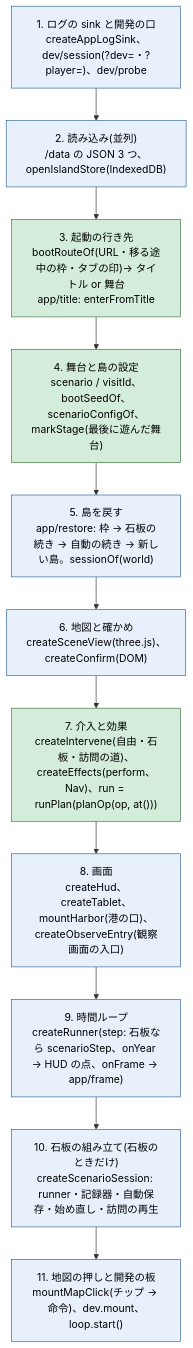
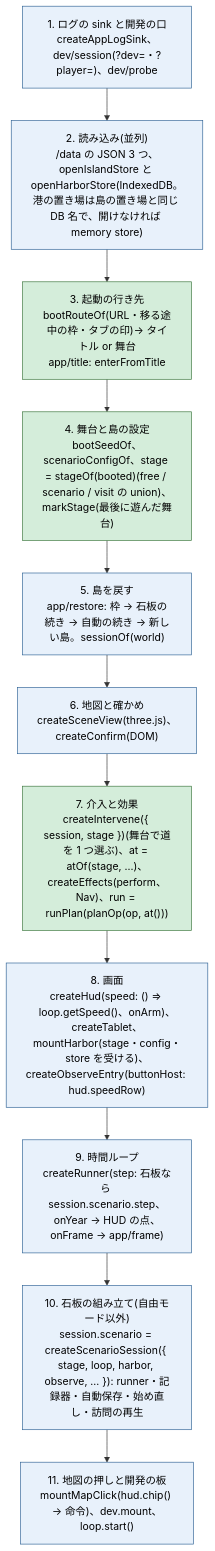
One commit to karak/sim-bio changed the sixth of 6 diagrams in docs/architecture/overview.md. Above: the diagram before and after it, drawn with Mermaid. The commit also changed other lines of this file and 2 other files, not shown here.

````diff
--- a/docs/architecture/overview.md
+++ b/docs/architecture/overview.md
@@ -303,19 +308,19 @@
 ```mermaid
 flowchart TB
   classDef step fill:#e8f1fb,stroke:#2e6295,color:#000
   classDef pure fill:#d4edda,stroke:#3c763d,color:#000
 
   s1["1. ログの sink と開発の口<br/>createAppLogSink、dev/session(?dev=・?player=)、dev/probe"]:::step
-  s2["2. 読み込み(並列)<br/>/data の JSON 3 つ、openIslandStore(IndexedDB)"]:::step
+  s2["2. 読み込み(並列)<br/>/data の JSON 3 つ、openIslandStore と openHarborStore(IndexedDB。港の置き場は島の置き場と同じ DB 名で、開けなければ memory store)"]:::step
   s3["3. 起動の行き先<br/>bootRouteOf(URL・移る途中の枠・タブの印)→ タイトル or 舞台<br/>app/title: enterFromTitle"]:::pure
-  s4["4. 舞台と島の設定<br/>scenario / visitId、bootSeedOf、scenarioConfigOf、markStage(最後に遊んだ舞台)"]:::pure
+  s4["4. 舞台と島の設定<br/>bootSeedOf、scenarioConfigOf、stage = stageOf(booted)(free / scenario / visit の union)、markStage(最後に遊んだ舞台)"]:::pure
   s5["5. 島を戻す<br/>app/restore: 枠 → 石板の続き → 自動の続き → 新しい島。sessionOf(world)"]:::step
   s6["6. 地図と確かめ<br/>createSceneView(three.js)、createConfirm(DOM)"]:::step
-  s7["7. 介入と効果<br/>createIntervene(自由・石板・訪問の道)、createEffects(perform、Nav)、run = runPlan(planOp(op, at()))"]:::pure
-  s8["8. 画面<br/>createHud、createTablet、mountHarbor(港の口)、createObserveEntry(観察画面の入口)"]:::step
-  s9["9. 時間ループ<br/>createRunner(step: 石板なら scenarioStep、onYear → HUD の点、onFrame → app/frame)"]:::step
-  s10["10. 石板の組み立て(石板のときだけ)<br/>createScenarioSession: runner・記録器・自動保存・始め直し・訪問の再生"]:::step
-  s11["11. 地図の押しと開発の板<br/>mountMapClick(チップ → 命令)、dev.mount、loop.start()"]:::step
+  s7["7. 介入と効果<br/>createIntervene({ session, stage })(舞台で道を 1 つ選ぶ)、at = atOf(stage, ...)、createEffects(perform、Nav)、run = runPlan(planOp(op, at()))"]:::pure
+  s8["8. 画面<br/>createHud(speed: () => loop.getSpeed()、onArm)、createTablet、mountHarbor(stage・config・store を受ける)、createObserveEntry(buttonHost: hud.speedRow)"]:::step
+  s9["9. 時間ループ<br/>createRunner(step: 石板なら session.scenario.step、onYear → HUD の点、onFrame → app/frame)"]:::step
+  s10["10. 石板の組み立て(自由モード以外)<br/>session.scenario = createScenarioSession({ stage, loop, harbor, observe, ... }): runner・記録器・自動保存・始め直し・訪問の再生"]:::step
+  s11["11. 地図の押しと開発の板<br/>mountMapClick(hud.chip() → 命令)、dev.mount、loop.start()"]:::step
 
   s1 --> s2 --> s3 --> s4 --> s5 --> s6 --> s7 --> s8 --> s9 --> s10 --> s11
 ```
````
